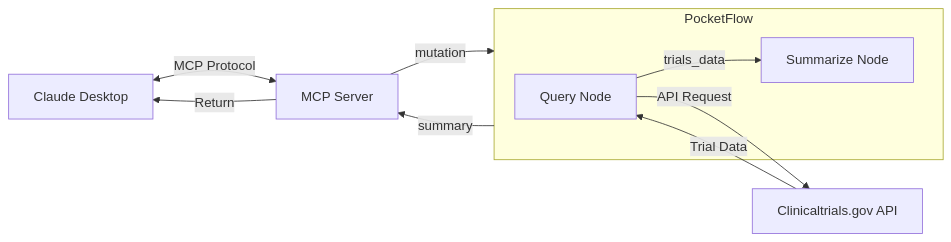
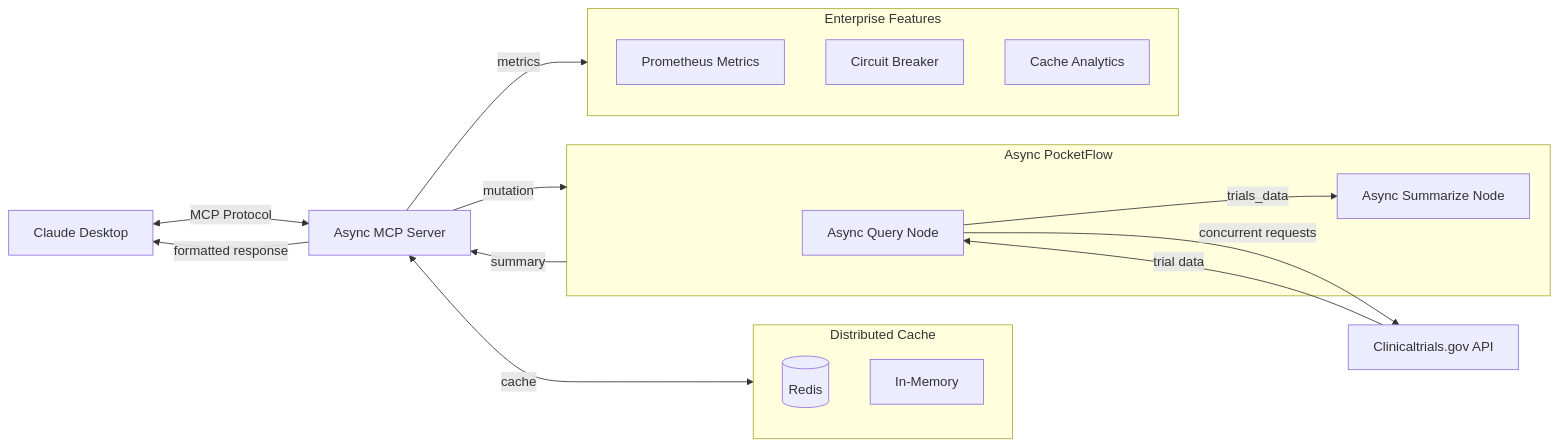
One commit to pickleton89/mutation-clinical-trial-matching-mcp changed the diagram in README.md. Above: the diagram before and after it, drawn with Mermaid. The commit also changed other lines of this file and 4 other files, not shown here.

Commit message:
refactor: migrate async clinical trials API to use thread pool executor instead of httpx

````diff
--- a/README.md
+++ b/README.md
@@ -27,14 +39,27 @@
 ```mermaid
 flowchart LR
-    Claude[Claude Desktop] <-->|MCP Protocol| Server[MCP Server]
+    Claude[Claude Desktop] <-->|MCP Protocol| Server[Async MCP Server]
     
-    subgraph Flow[PocketFlow]
-        QueryNode[Query Node] -->|trials_data| SummarizeNode[Summarize Node]
+    subgraph Cache[Distributed Cache]
+        Redis[(Redis)]
+        Memory[In-Memory]
+    end
+    
+    subgraph Flow[Async PocketFlow]
+        QueryNode[Async Query Node] -->|trials_data| SummarizeNode[Async Summarize Node]
+    end
+    
+    subgraph Monitoring[Enterprise Features]
+        Metrics[Prometheus Metrics]
+        Circuit[Circuit Breaker]
+        Analytics[Cache Analytics]
     end
     
     Server -->|mutation| Flow
-    QueryNode -->|API Request| API[Clinicaltrials.gov API]
-    API -->|Trial Data| QueryNode
+    Server <-->|cache| Cache
+    QueryNode -->|concurrent requests| API[Clinicaltrials.gov API]
+    API -->|trial data| QueryNode
     Flow -->|summary| Server
-    Server -->|Return| Claude
+    Server -->|metrics| Monitoring
+    Server -->|formatted response| Claude
 ```
````
